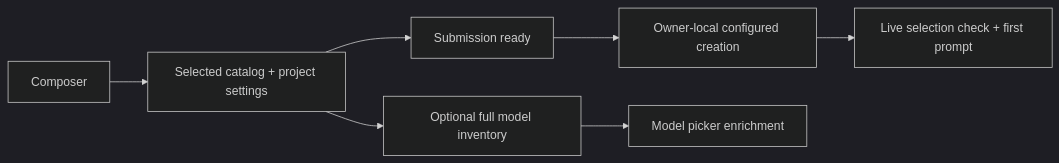
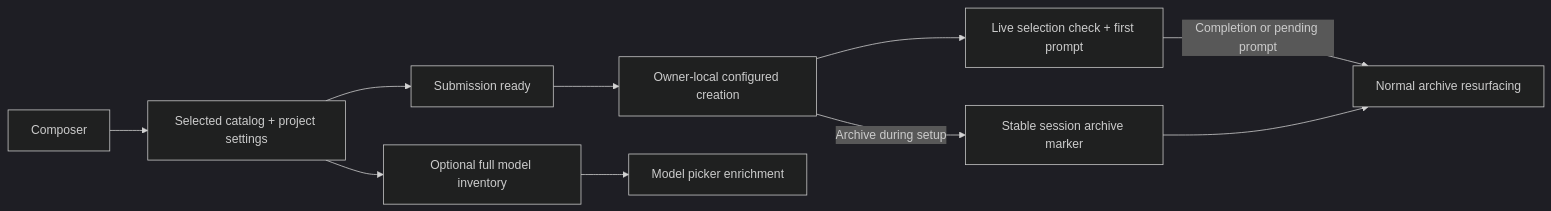
One commit to ocman/ocman changed diagram 14 of 17 in docs/other/architecture.md. Above: the diagram before and after it, drawn with Mermaid (dark theme). The commit also changed other lines of this file and 23 other files, not shown here.

Commit message:
fix(sessions): allow archiving and new conversations during setup

````diff
--- a/docs/other/architecture.md
+++ b/docs/other/architecture.md
@@ -1768,9 +1775,12 @@
   ```mermaid
   flowchart LR
       Composer --> Selected[Selected catalog + project settings]
       Selected --> Ready[Submission ready]
-      Ready --> Create[Owner-local configured creation]
-      Create --> Prompt[Live selection check + first prompt]
+       Ready --> Create[Owner-local configured creation]
+       Create --> Prompt[Live selection check + first prompt]
+       Create -->|Archive during setup| Archive[Stable session archive marker]
+       Prompt -->|Completion or pending prompt| Resurface[Normal archive resurfacing]
+       Archive --> Resurface
       Selected --> Inventory[Optional full model inventory]
       Inventory --> Picker[Model picker enrichment]
   ```
````
